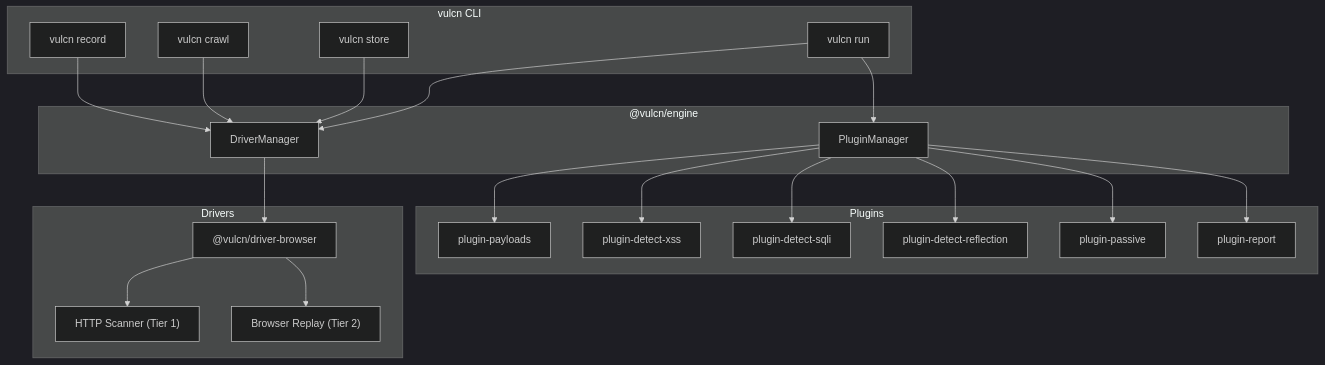
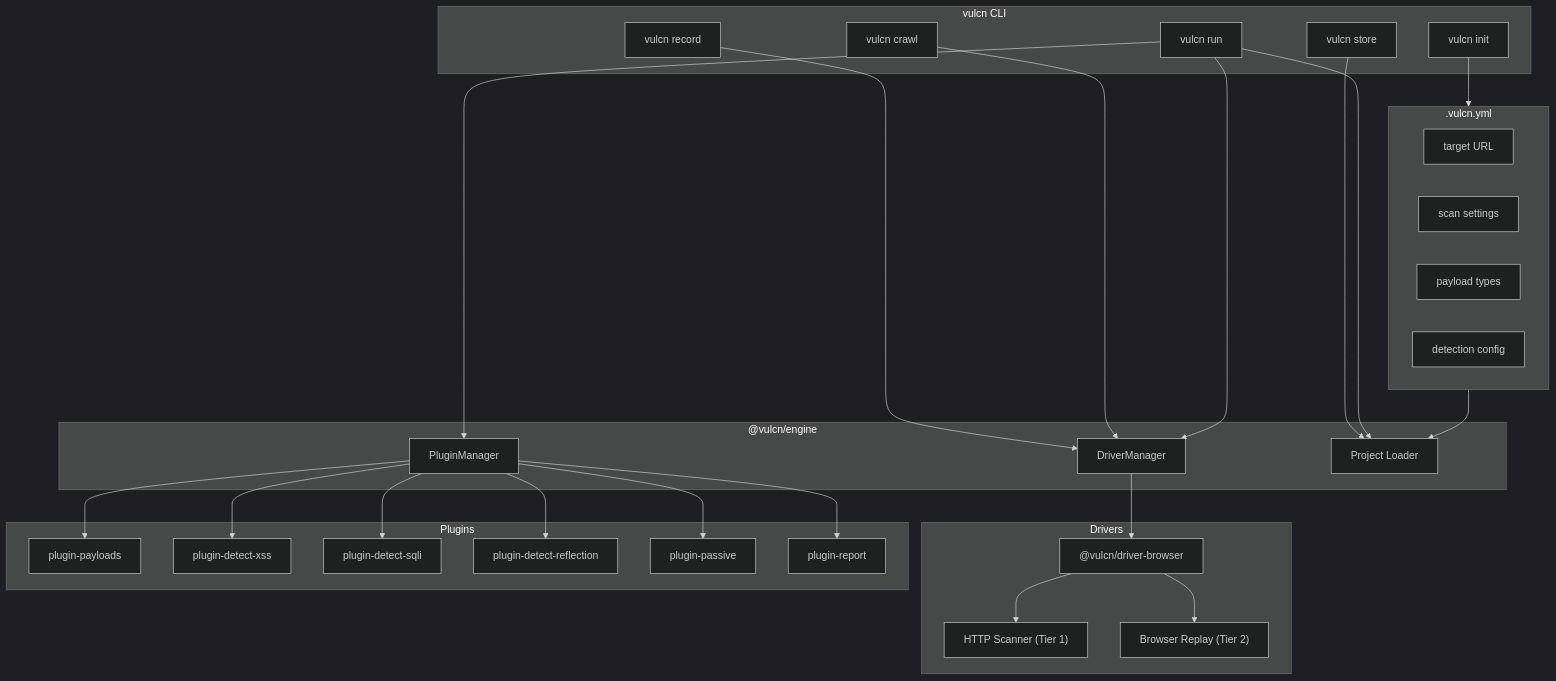
The diagram in index.mdx (vulcnize/docs), drawn with Mermaid (dark theme) before and after one commit. The commit also changed other lines of this file and 27 other files, not shown here.

````diff
--- a/index.mdx
+++ b/index.mdx
@@ -62,44 +62,56 @@
 ```mermaid
 flowchart TB
     subgraph CLI["vulcn CLI"]
+        Init[vulcn init]
         Record[vulcn record]
         Crawl[vulcn crawl]
         Store[vulcn store]
         Run[vulcn run]
     end
 
+    subgraph Config[".vulcn.yml"]
+        Target[target URL]
+        Scan[scan settings]
+        Payloads[payload types]
+        Detection[detection config]
+    end
+
     subgraph Engine["@vulcn/engine"]
         DM[DriverManager]
         PM[PluginManager]
+        Project[Project Loader]
     end
 
     subgraph Drivers
         Browser["@vulcn/driver-browser"]
         HttpScan["HTTP Scanner (Tier 1)"]
         BrowserReplay["Browser Replay (Tier 2)"]
     end
 
     subgraph Plugins
-        Payloads["plugin-payloads"]
+        PayloadsP["plugin-payloads"]
         XSS["plugin-detect-xss"]
         SQLi["plugin-detect-sqli"]
         Reflect["plugin-detect-reflection"]
         Passive["plugin-passive"]
         Report["plugin-report"]
     end
 
+    Init --> Config
     Record --> DM
     Crawl --> DM
-    Store --> DM
+    Store --> Project
+    Run --> Project
     Run --> DM
     Run --> PM
+    Config --> Project
     DM --> Browser
     Browser --> HttpScan
     Browser --> BrowserReplay
-    PM --> Payloads
+    PM --> PayloadsP
     PM --> XSS
     PM --> SQLi
     PM --> Reflect
     PM --> Passive
     PM --> Report
 ```
````
